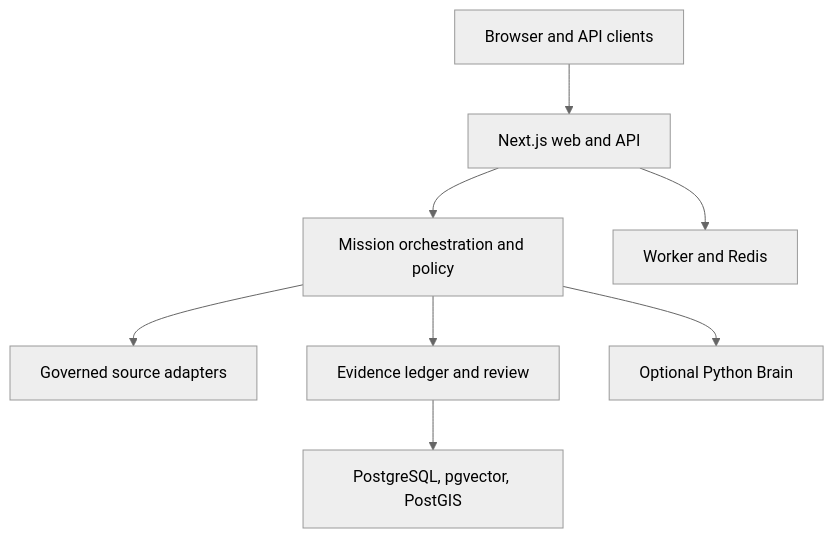
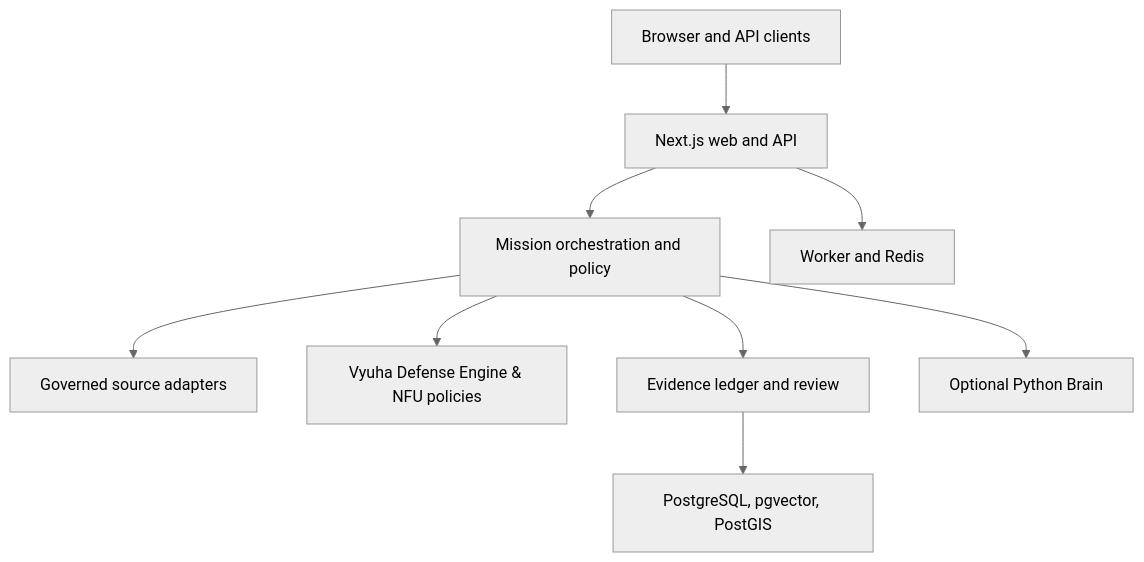
Before and after one commit to Tashima-Tarsh/Disha6.6: the diagram in README.md, drawn with Mermaid (neutral theme). The commit also changed other lines of this file and 2 other files, not shown here.

Commit message:
docs: integrate Vyuha Defense Engine into README, architecture and capabilities

````diff
--- a/README.md
+++ b/README.md
@@ -27,10 +25,11 @@
 ```mermaid
 flowchart TD
     U["Browser and API clients"] --> W["Next.js web and API"]
     W --> P["Mission orchestration and policy"]
     P --> S["Governed source adapters"]
+    P --> V["Vyuha Defense Engine & NFU policies"]
     P --> E["Evidence ledger and review"]
     E --> DB["PostgreSQL, pgvector, PostGIS"]
     P --> B["Optional Python Brain"]
     W --> Q["Worker and Redis"]
 ```
````
